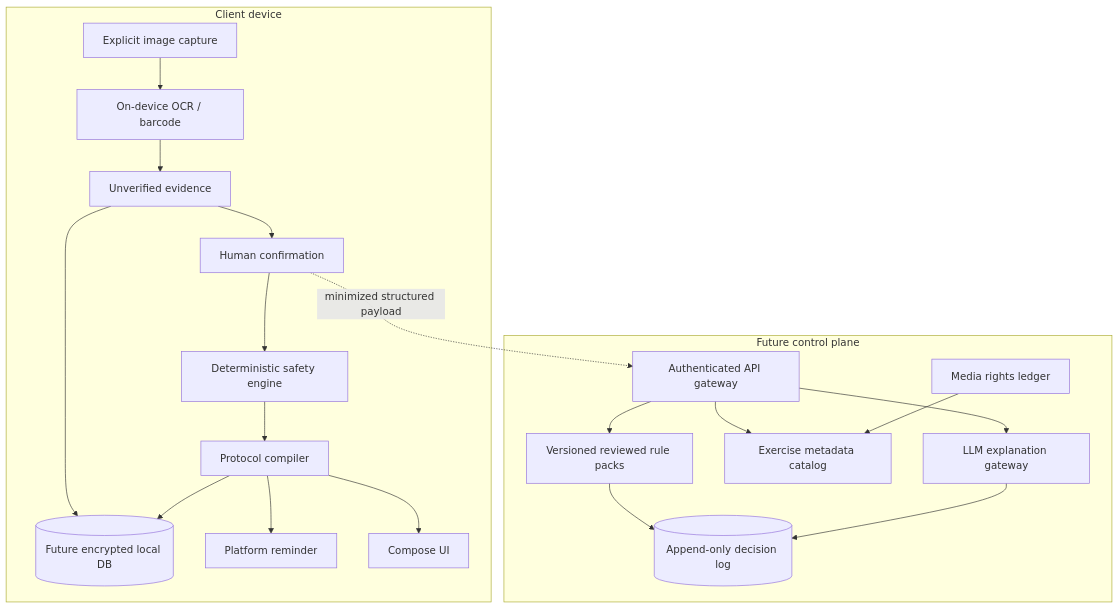
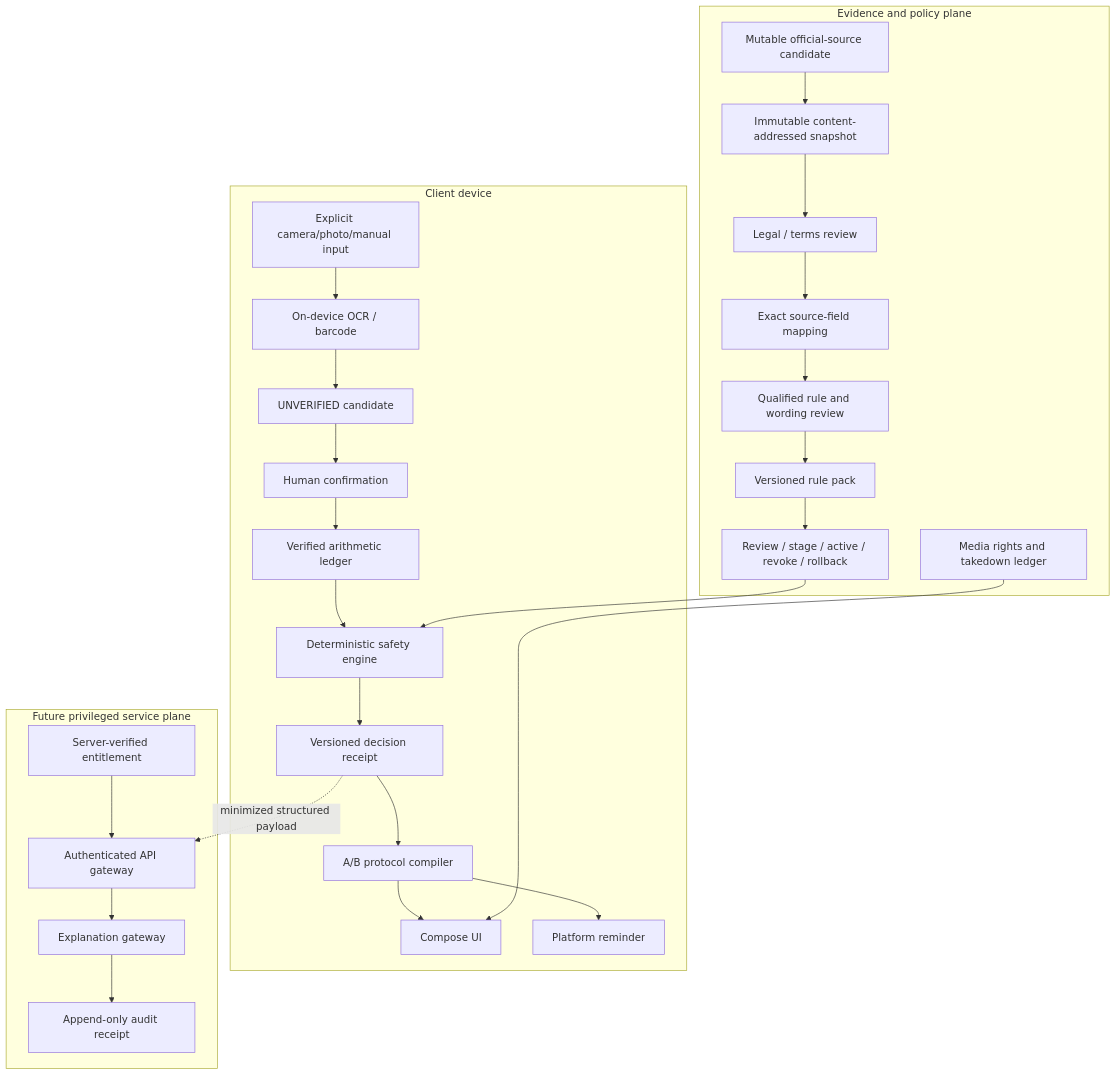
Before and after one commit to ed3c/gym-come-true: the first of 8 diagrams in docs/architecture.md, drawn with Mermaid. The commit also changed other lines of this file and 12 other files, not shown here.

Commit message:
docs(agent): map state machines and stacked delivery graph

````diff
--- a/docs/architecture.md
+++ b/docs/architecture.md
@@ -44,35 +107,42 @@
 ```mermaid
 flowchart TB
     subgraph Device[Client device]
-      Camera[Explicit image capture]
+      Capture[Explicit camera/photo/manual input]
       OCR[On-device OCR / barcode]
-      Candidate[Unverified evidence]
+      Candidate[UNVERIFIED candidate]
       Confirm[Human confirmation]
-      Rules[Deterministic safety engine]
-      Plan[Protocol compiler]
-      LocalDB[(Future encrypted local DB)]
+      Ledger[Verified arithmetic ledger]
+      Safety[Deterministic safety engine]
+      Receipt[Versioned decision receipt]
+      Protocol[A/B protocol compiler]
+      UI[Compose UI]
       Reminder[Platform reminder]
-      UI[Compose UI]
     end
 
-    subgraph Control[Future control plane]
-      Gateway[Authenticated API gateway]
-      RulePack[Versioned reviewed rule packs]
-      Catalog[Exercise metadata catalog]
-      AssetLedger[Media rights ledger]
-      LLM[LLM explanation gateway]
-      Audit[(Append-only decision log)]
+    subgraph Evidence[Evidence and policy plane]
+      SourceCandidate[Mutable official-source candidate]
+      SourceSnapshot[Immutable content-addressed snapshot]
+      LegalReview[Legal / terms review]
+      Mapping[Exact source-field mapping]
+      QualifiedReview[Qualified rule and wording review]
+      RulePack[Versioned rule pack]
+      ReleaseState[Review / stage / active / revoke / rollback]
+      MediaLedger[Media rights and takedown ledger]
     end
 
-    Camera --> OCR --> Candidate --> Confirm --> Rules --> Plan --> UI
-    Candidate --> LocalDB
-    Plan --> LocalDB
-    Plan --> Reminder
-    Confirm -. minimized structured payload .-> Gateway
-    Gateway --> RulePack
-    Gateway --> Catalog
-    Gateway --> LLM
-    RulePack --> Audit
-    LLM --> Audit
-    AssetLedger --> Catalog
+    subgraph FutureServer[Future privileged service plane]
+      Gateway[Authenticated API gateway]
+      Explanation[Explanation gateway]
+      Entitlement[Server-verified entitlement]
+      Audit[Append-only audit receipt]
+    end
+
+    Capture --> OCR --> Candidate --> Confirm --> Ledger --> Safety --> Receipt --> Protocol --> UI
+    Protocol --> Reminder
+
+    SourceCandidate --> SourceSnapshot --> LegalReview --> Mapping --> QualifiedReview --> RulePack --> ReleaseState --> Safety
+    MediaLedger --> UI
+
+    Receipt -. minimized structured payload .-> Gateway --> Explanation --> Audit
+    Entitlement --> Gateway
 ```
````
